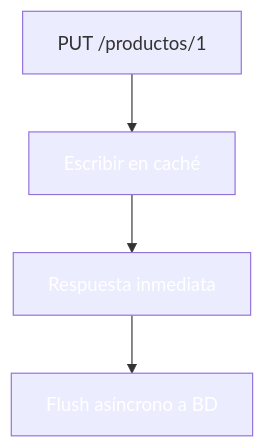
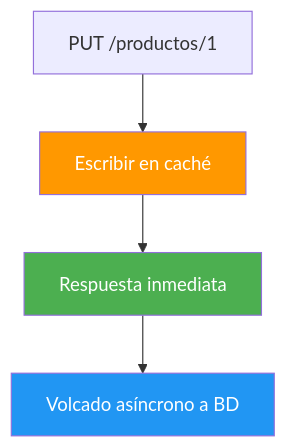
Before and after one commit to joseluisgs/DesarrolloWebEntornosServidor-02-2026-2027: the tenth of 17 diagrams in 14-cache-redis.md, drawn with Mermaid. The commit also changed other lines of this file, not shown here.

````diff
--- a/14-cache-redis.md
+++ b/14-cache-redis.md
@@ -358,9 +363,9 @@
 ```mermaid
 flowchart TD
     A["PUT /productos/1"] --> B["Escribir en caché"]
     B --> C["Respuesta inmediata"]
-    C --> D["Flush asíncrono a BD"]
-    style B fill:#FF980,color:#fff0,color:#fff
-    style C fill:#4CAF5,color:#fff0,color:#fff
-    style D fill:#2196F,color:#fff3,color:#fff
+    C --> D["Volcado asíncrono a BD"]
+    style B fill:#FF9800,color:#fff
+    style C fill:#4CAF50,color:#fff
+    style D fill:#2196F3,color:#fff
 ```
````
